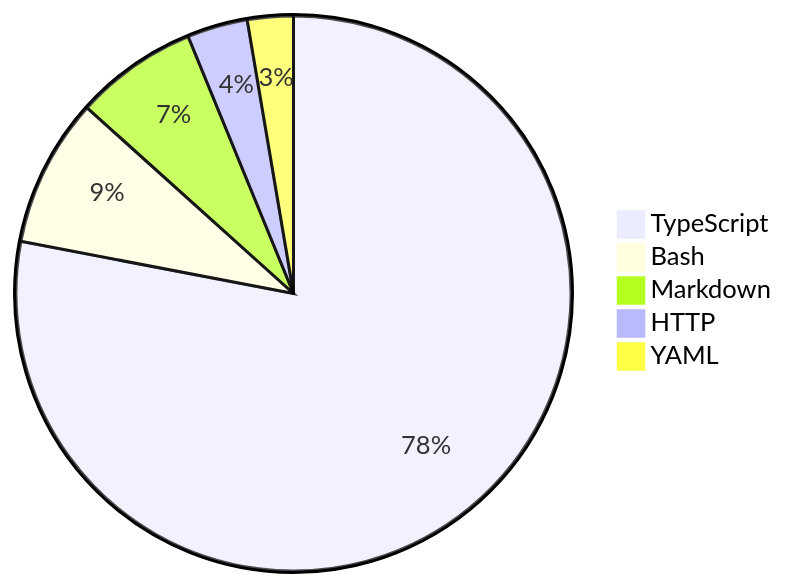
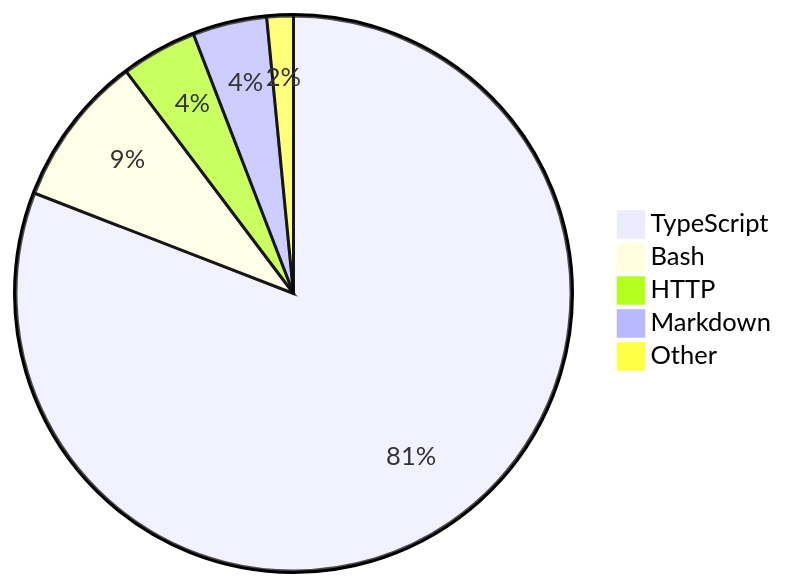
The diagram in README.md (skvggor/skvggor), drawn with Mermaid before and after one commit.

Commit message:
Updated waka-readme graph with new metrics

````diff
--- a/README.md
+++ b/README.md
@@ -16,8 +16,8 @@
 ```mermaid
 pie
-    "TypeScript" : 73.1
-    "Bash" : 8.1
-    "Markdown" : 6.7
-    "HTTP" : 3.3
-    "YAML" : 2.5
+    "TypeScript" : 78.7
+    "Bash" : 8.6
+    "HTTP" : 4.3
+    "Markdown" : 4.2
+    "Other" : 1.5
 ```
````
